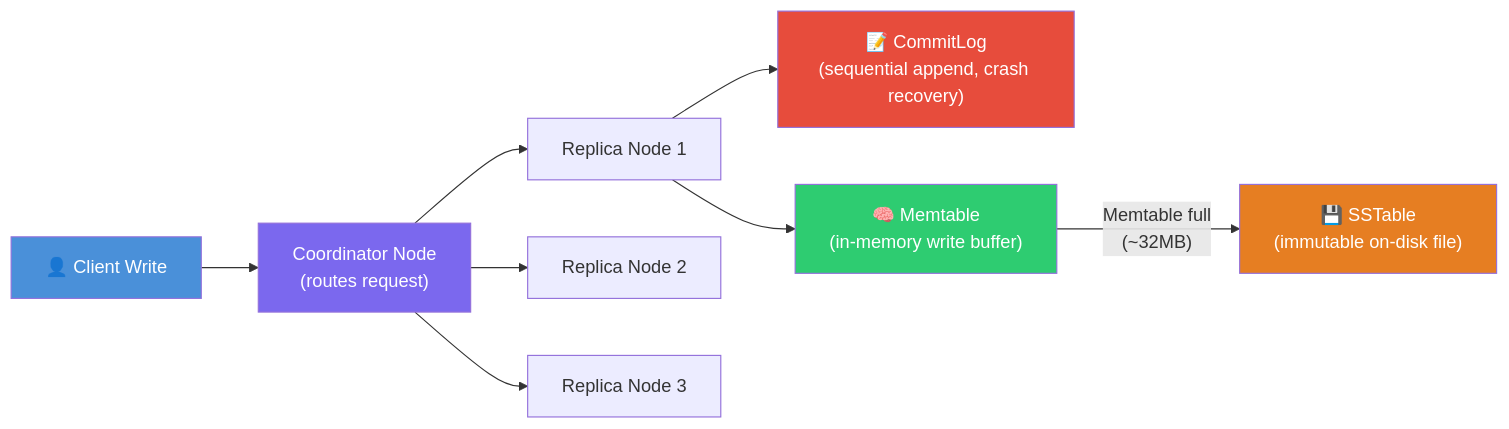
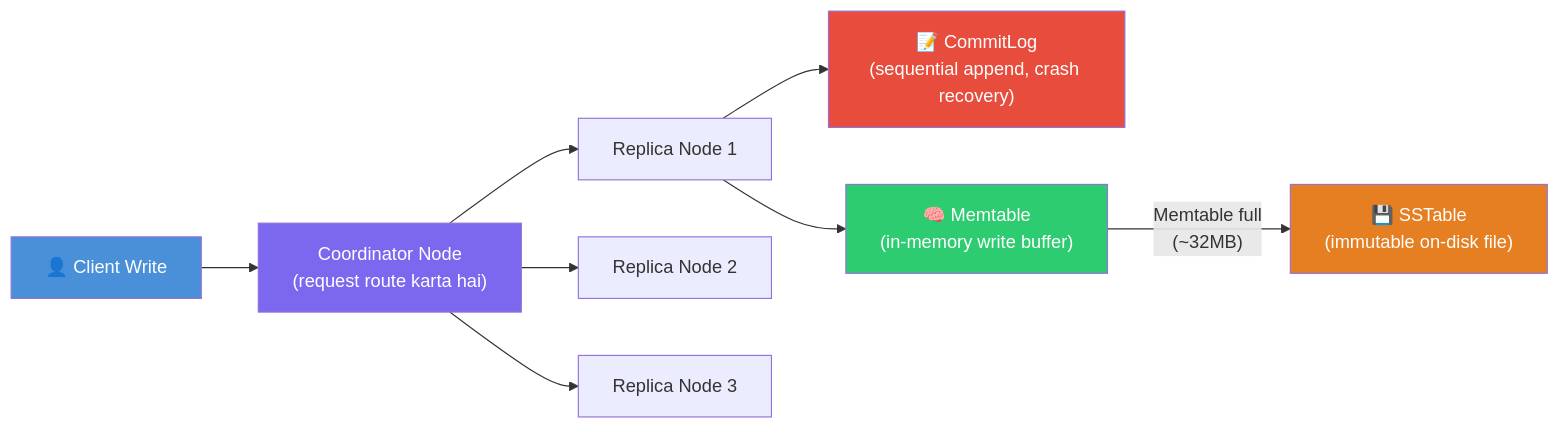
One commit to Siddesh-Pansare93/dev-notes changed the third of 4 diagrams in database-notes/advanced-dbms/05-cassandra.md. Above: the diagram before and after it, drawn with Mermaid. The commit also changed other lines of this file and 248 other files, not shown here.

````diff
--- a/database-notes/advanced-dbms/05-cassandra.md
+++ b/database-notes/advanced-dbms/05-cassandra.md
@@ -325,17 +325,17 @@
 ```mermaid
 flowchart LR
-    Client["👤 Client Write"] --> Coordinator["Coordinator Node\n(routes request)"]
+    Client["👤 Client Write"] --> Coordinator["Coordinator Node\n(request route karta hai)"]
     Coordinator --> Node1["Replica Node 1"]
     Coordinator --> Node2["Replica Node 2"]
     Coordinator --> Node3["Replica Node 3"]
 
     Node1 --> CL1["📝 CommitLog\n(sequential append, crash recovery)"]
     Node1 --> MT1["🧠 Memtable\n(in-memory write buffer)"]
     MT1 -->|"Memtable full\n(~32MB)"| SST1["💾 SSTable\n(immutable on-disk file)"]
 
     style Client fill:#4A90D9,color:#fff
     style Coordinator fill:#7B68EE,color:#fff
     style CL1 fill:#E74C3C,color:#fff
     style MT1 fill:#2ECC71,color:#fff
     style SST1 fill:#E67E22,color:#fff
 ```
````
